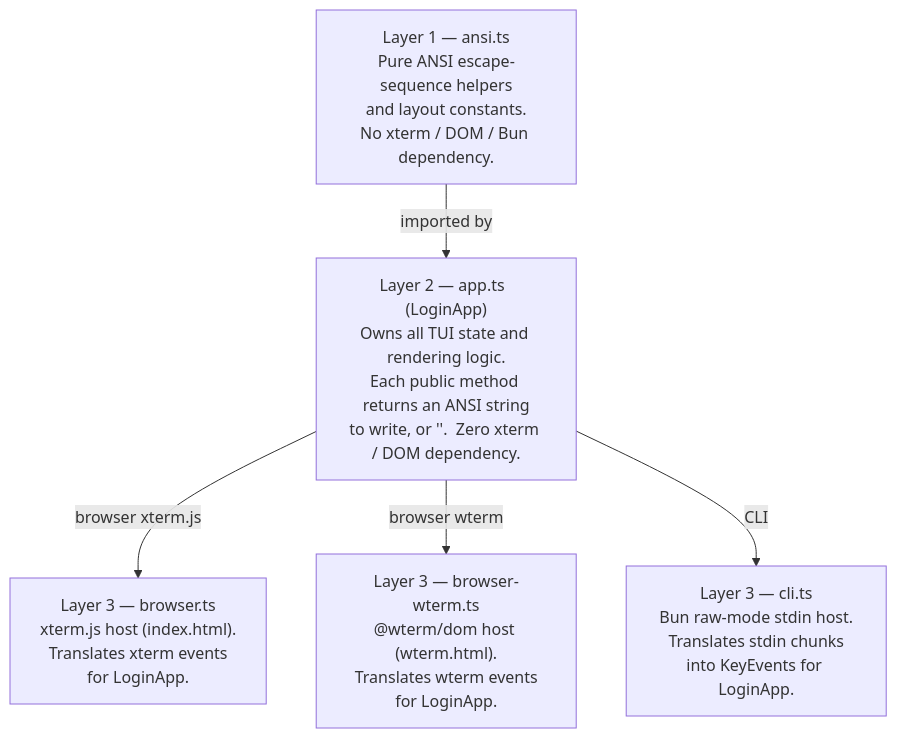
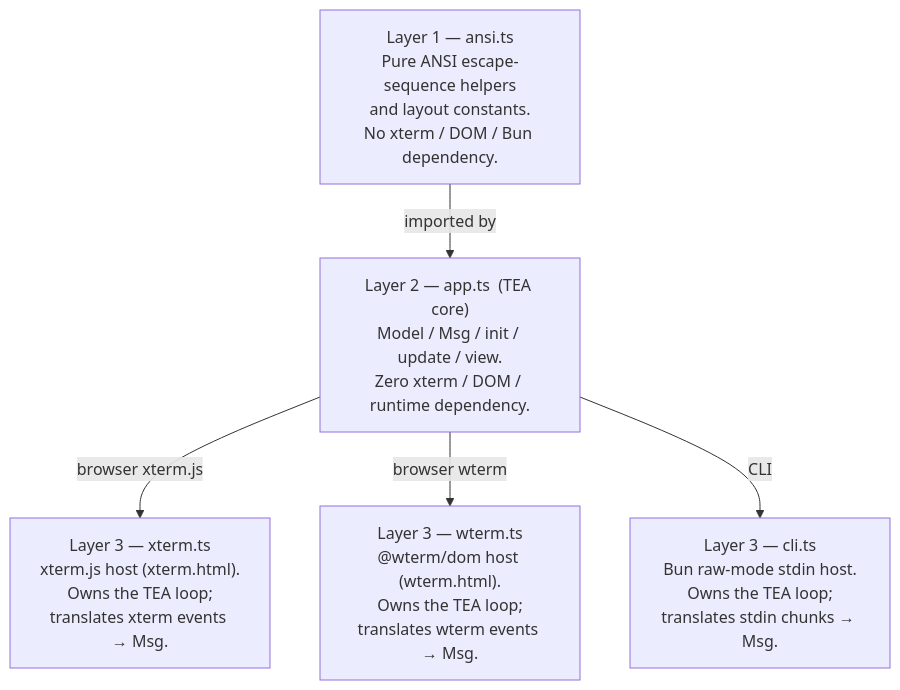
Before and after one commit to btwiuse/login-tui: the diagram in README.md, drawn with Mermaid. The commit also changed other lines of this file and 13 other files, not shown here.

First line of the commit message:
Adopt The Elm Architecture + rename files for clarity (#4)

````diff
--- a/README.md
+++ b/README.md
@@ -19,13 +61,13 @@
 ```mermaid
 graph TD
     A["Layer 1 — ansi.ts\nPure ANSI escape-sequence helpers\nand layout constants.\nNo xterm / DOM / Bun dependency."]
-    B["Layer 2 — app.ts  (LoginApp)\nOwns all TUI state and rendering logic.\nEach public method returns an ANSI string\nto write, or ''.  Zero xterm / DOM dependency."]
-    C["Layer 3 — browser.ts\nxterm.js host (index.html).\nTranslates xterm events\nfor LoginApp."]
-    D["Layer 3 — browser-wterm.ts\n@wterm/dom host (wterm.html).\nTranslates wterm events\nfor LoginApp."]
-    E["Layer 3 — cli.ts\nBun raw-mode stdin host.\nTranslates stdin chunks\ninto KeyEvents for LoginApp."]
+    B["Layer 2 — app.ts  (TEA core)\nModel / Msg / init / update / view.\nZero xterm / DOM / runtime dependency."]
+    C["Layer 3 — xterm.ts\nxterm.js host (xterm.html).\nOwns the TEA loop;\ntranslates xterm events → Msg."]
+    D["Layer 3 — wterm.ts\n@wterm/dom host (wterm.html).\nOwns the TEA loop;\ntranslates wterm events → Msg."]
+    E["Layer 3 — cli.ts\nBun raw-mode stdin host.\nOwns the TEA loop;\ntranslates stdin chunks → Msg."]
 
     A -->|imported by| B
     B -->|browser xterm.js| C
     B -->|browser wterm| D
     B -->|CLI| E
 ```
````
